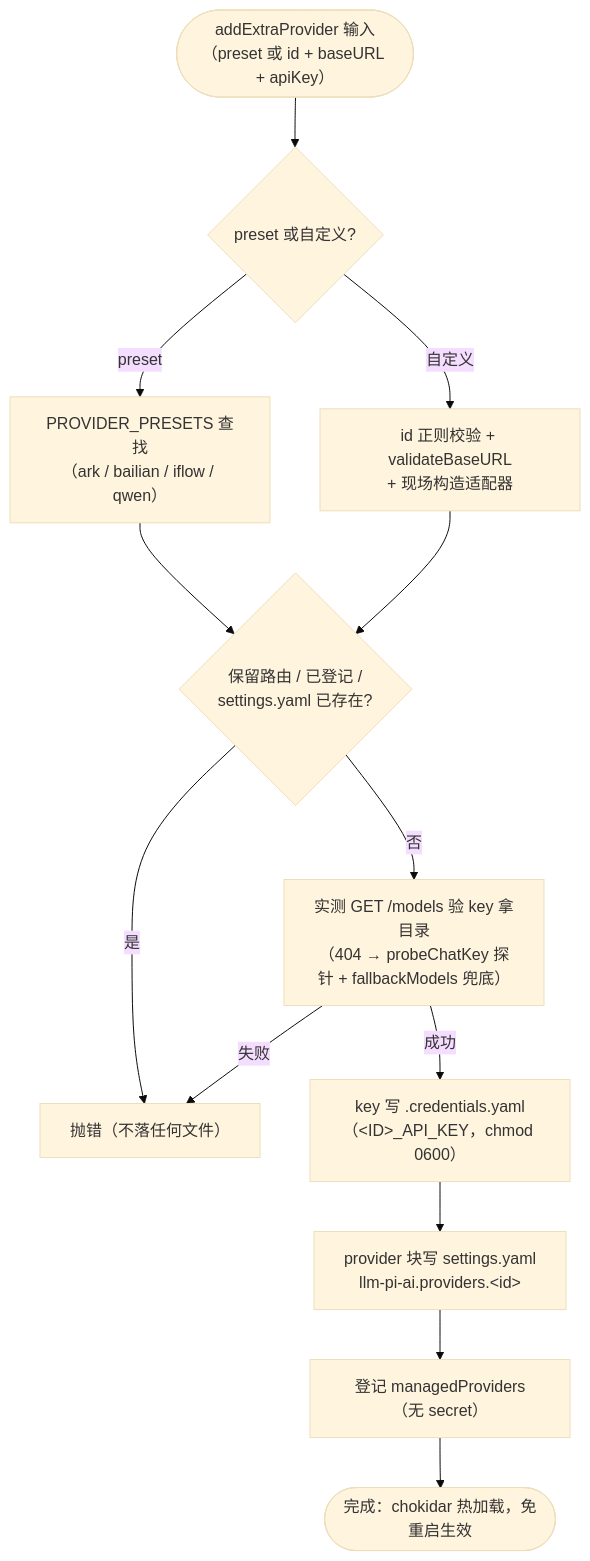
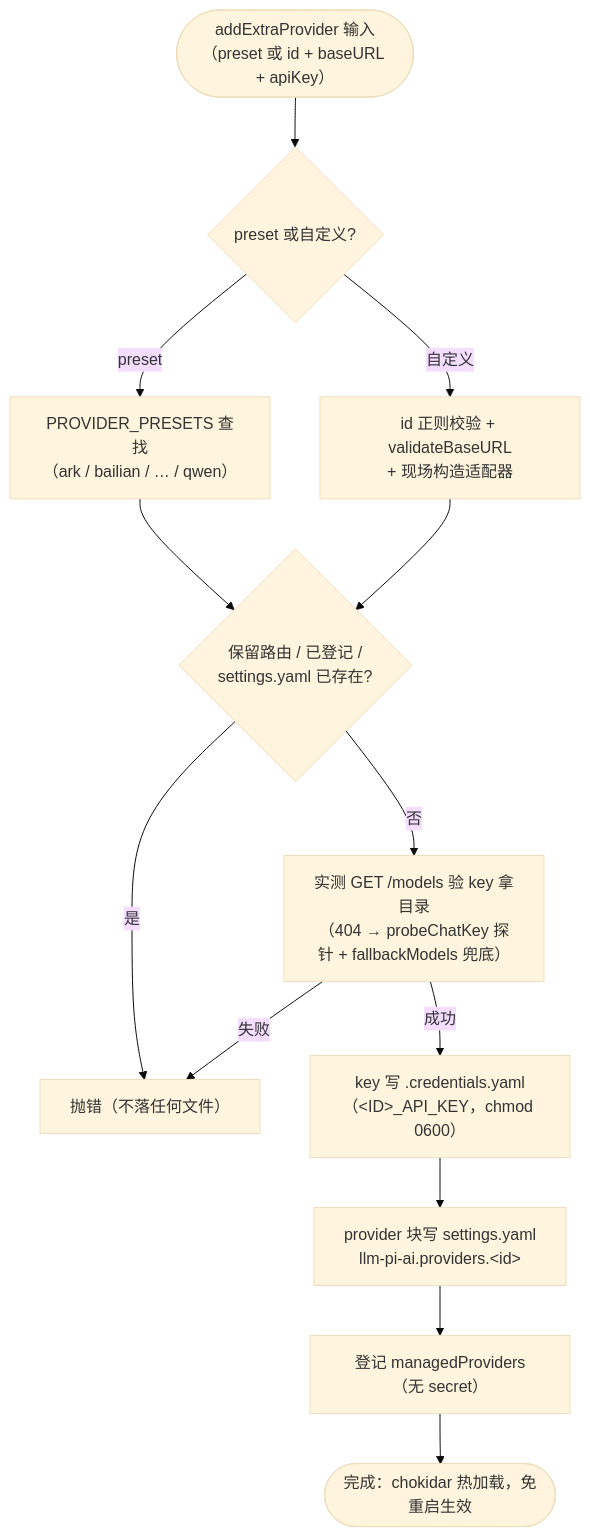
One commit to taikaikaikai-pixel/dsh-codebuddy-plugin changed the diagram in wiki/06-provider-openai-compat.md. Above: the diagram before and after it, drawn with Mermaid (base theme). The commit also changed other lines of this file and 16 other files, not shown here.

````diff
--- a/wiki/06-provider-openai-compat.md
+++ b/wiki/06-provider-openai-compat.md
@@ -42,15 +41,15 @@
 ```mermaid
 flowchart TB
     A(["addExtraProvider 输入<br/>（preset 或 id + baseURL + apiKey）"]) --> B{"preset 或自定义?"}
-    B -->|"preset"| C["PROVIDER_PRESETS 查找<br/>（ark / bailian / iflow / qwen）"]
+    B -->|"preset"| C["PROVIDER_PRESETS 查找<br/>（ark / bailian / … / qwen）"]
     B -->|自定义| D["id 正则校验 + validateBaseURL<br/>+ 现场构造适配器"]
     C --> E{"保留路由 / 已登记 /<br/>settings.yaml 已存在?"}
     D --> E
     E -->|是| FAIL["抛错（不落任何文件）"]
     E -->|否| F["实测 GET /models 验 key 拿目录<br/>（404 → probeChatKey 探针 + fallbackModels 兜底）"]
     F -->|失败| FAIL
     F -->|成功| G["key 写 .credentials.yaml<br/>（&lt;ID&gt;_API_KEY，chmod 0600）"]
     G --> H["provider 块写 settings.yaml<br/>llm-pi-ai.providers.&lt;id&gt;"]
     H --> I["登记 managedProviders（无 secret）"]
     I --> J(["完成：chokidar 热加载，免重启生效"])
 ```
````
